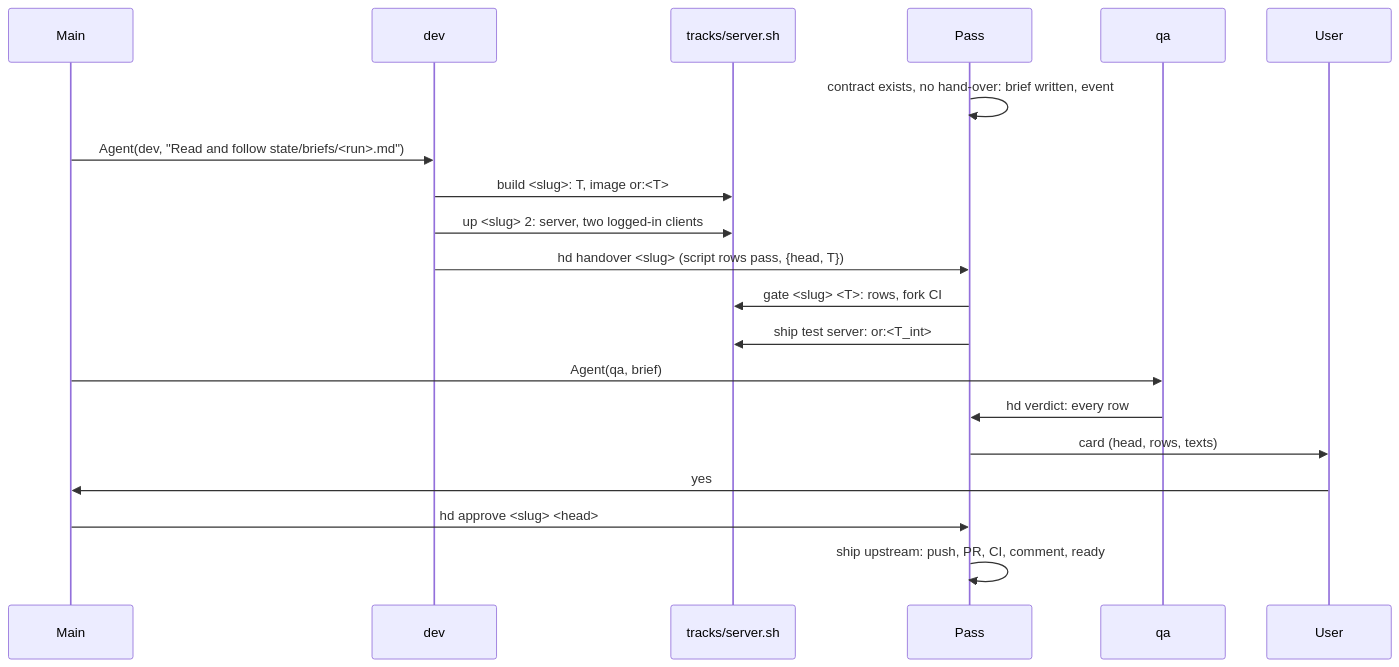
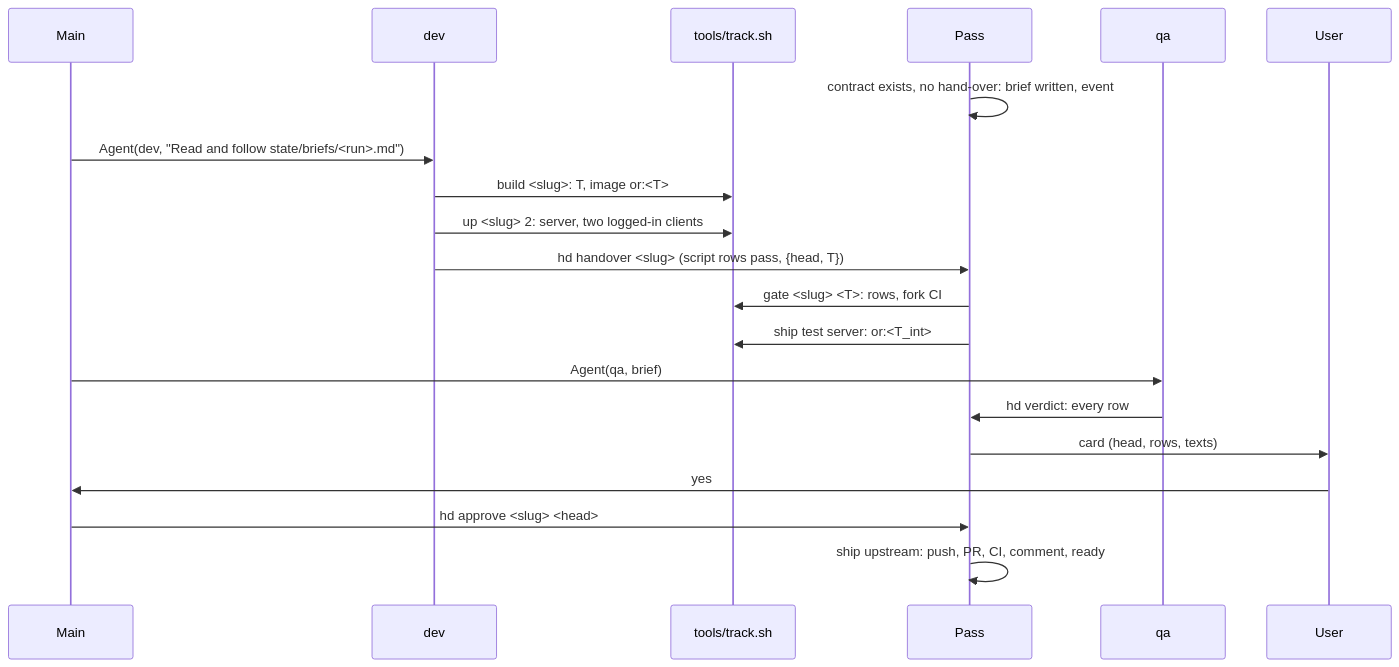
One commit to AlexPerrin/RuneHarness changed the diagram in docs/ARCHITECTURE.md. Above: the diagram before and after it, drawn with Mermaid. The commit also changed other lines of this file and 20 other files, not shown here.

Commit message:
v8: each track's files live in its own repo; the harness keeps tools/track.* and drive; hd.yaml names the repo paths

````diff
--- a/docs/ARCHITECTURE.md
+++ b/docs/ARCHITECTURE.md
@@ -104,22 +104,22 @@
 ```mermaid
 sequenceDiagram
   participant M as Main
   participant D as dev
-  participant S as tracks/server.sh
+  participant S as tools/track.sh
   participant P as Pass
   participant Q as qa
   participant U as User
   P->>P: contract exists, no hand-over: brief written, event
   M->>D: Agent(dev, "Read and follow state/briefs/<run>.md")
   D->>S: build <slug>: T, image or:<T>
   D->>S: up <slug> 2: server, two logged-in clients
   D->>P: hd handover <slug> (script rows pass, {head, T})
   P->>S: gate <slug> <T>: rows, fork CI
   P->>S: ship test server: or:<T_int>
   M->>Q: Agent(qa, brief)
   Q->>P: hd verdict: every row
   P->>U: card (head, rows, texts)
   U->>M: yes
   M->>P: hd approve <slug> <head>
   P->>P: ship upstream: push, PR, CI, comment, ready
 ```
````
